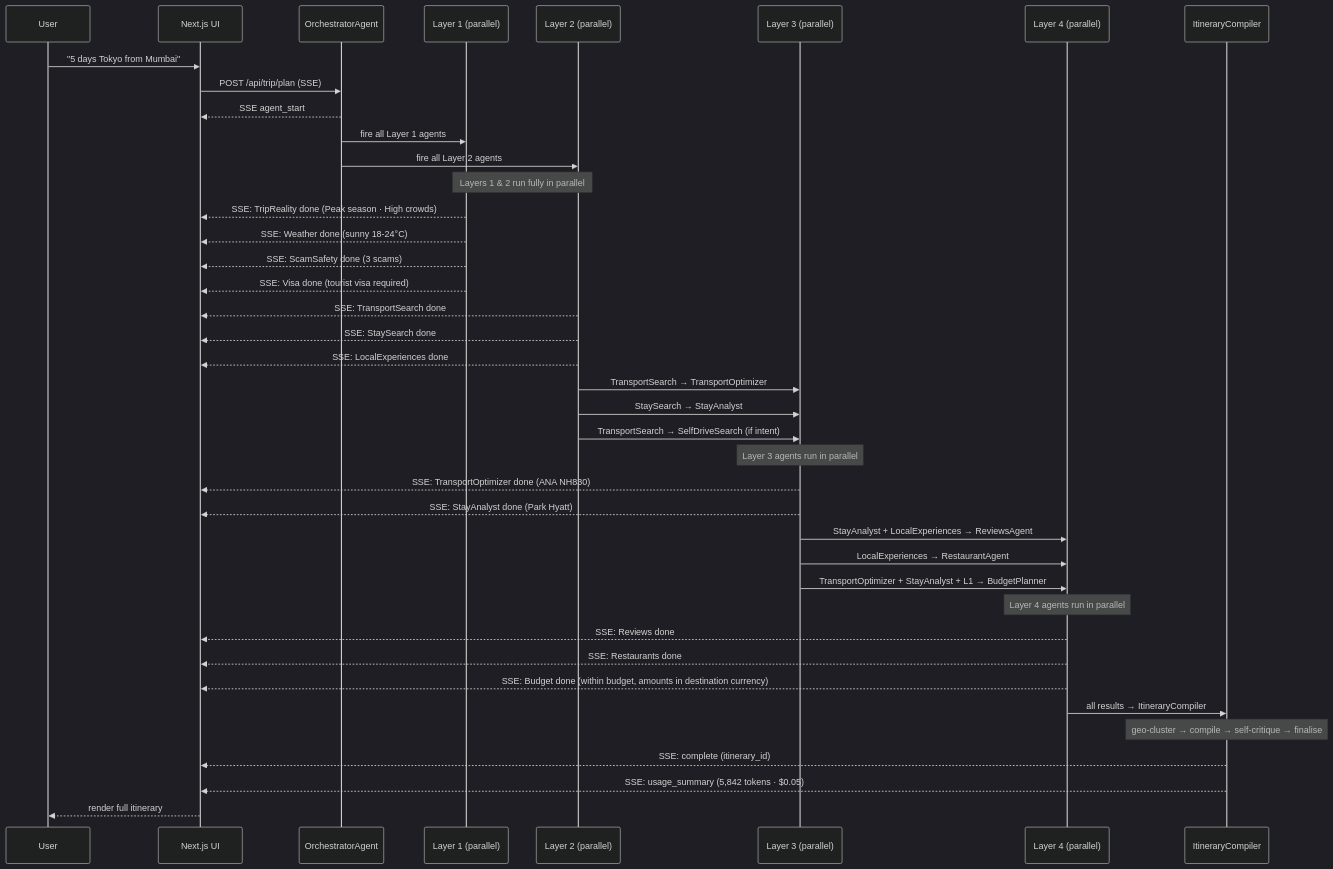
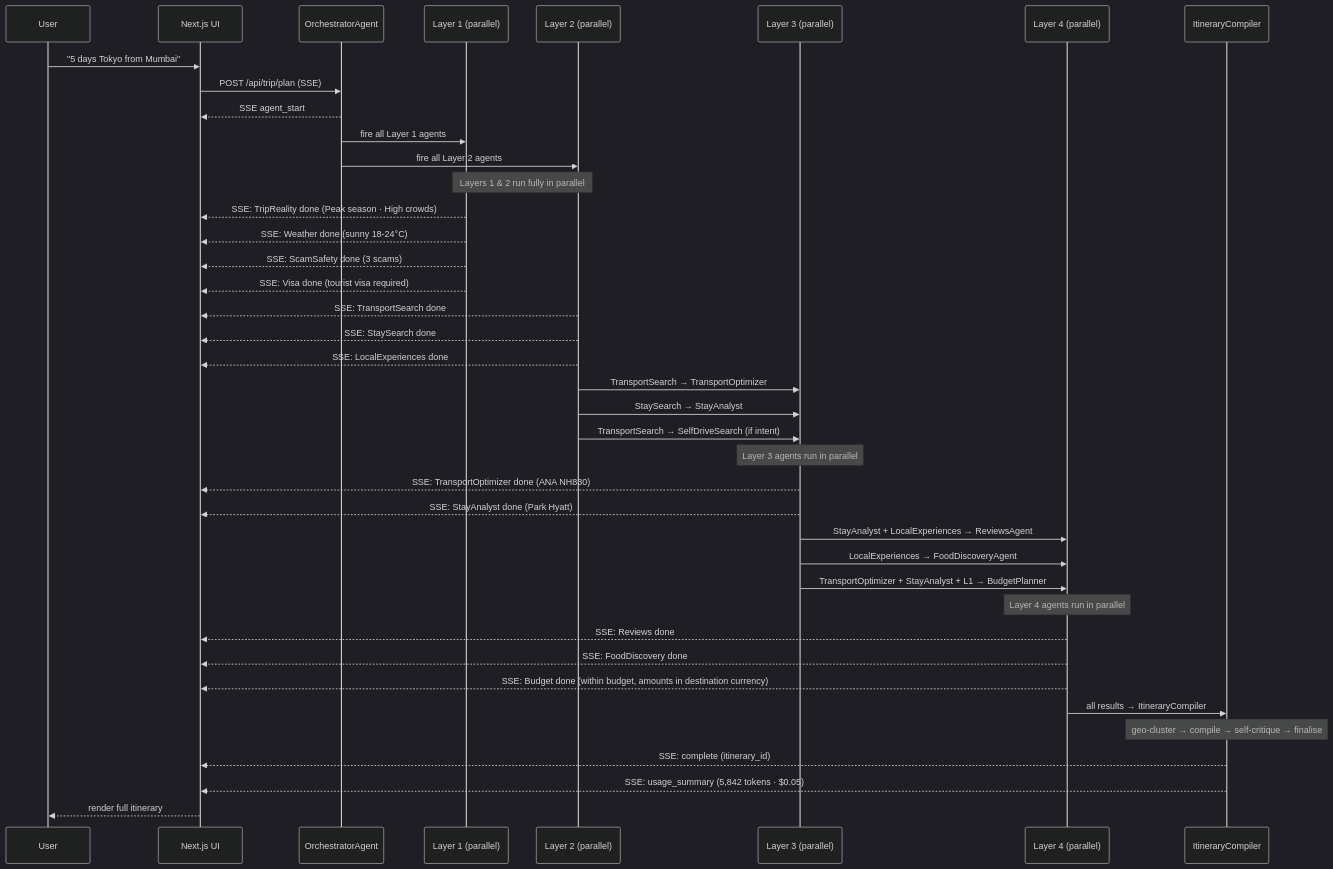
The third of 3 diagrams in plan.md (thecoducer/TravelCopilot), drawn with Mermaid (dark theme) before and after one commit. The commit also changed other lines of this file and 52 other files, not shown here.

````diff
--- a/plan.md
+++ b/plan.md
@@ -919,49 +900,49 @@
 ```mermaid
 sequenceDiagram
     participant U as User
     participant FE as Next.js UI
     participant OA as OrchestratorAgent
     participant L1 as Layer 1 (parallel)
     participant L2 as Layer 2 (parallel)
     participant L3 as Layer 3 (parallel)
     participant L4 as Layer 4 (parallel)
     participant L5 as ItineraryCompiler
 
     U->>FE: "5 days Tokyo from Mumbai"
     FE->>OA: POST /api/trip/plan (SSE)
     OA-->>FE: SSE agent_start
     OA->>L1: fire all Layer 1 agents
     OA->>L2: fire all Layer 2 agents
     Note over L1,L2: Layers 1 & 2 run fully in parallel
 
     L1-->>FE: SSE: TripReality done (Peak season · High crowds)
     L1-->>FE: SSE: Weather done (sunny 18-24°C)
     L1-->>FE: SSE: ScamSafety done (3 scams)
     L1-->>FE: SSE: Visa done (tourist visa required)
     L2-->>FE: SSE: TransportSearch done
     L2-->>FE: SSE: StaySearch done
     L2-->>FE: SSE: LocalExperiences done
 
     L2->>L3: TransportSearch → TransportOptimizer
     L2->>L3: StaySearch → StayAnalyst
     L2->>L3: TransportSearch → SelfDriveSearch (if intent)
     Note over L3: Layer 3 agents run in parallel
 
     L3-->>FE: SSE: TransportOptimizer done (ANA NH830)
     L3-->>FE: SSE: StayAnalyst done (Park Hyatt)
 
     L3->>L4: StayAnalyst + LocalExperiences → ReviewsAgent
-    L3->>L4: LocalExperiences → RestaurantAgent
+    L3->>L4: LocalExperiences → FoodDiscoveryAgent
     L3->>L4: TransportOptimizer + StayAnalyst + L1 → BudgetPlanner
     Note over L4: Layer 4 agents run in parallel
 
     L4-->>FE: SSE: Reviews done
-    L4-->>FE: SSE: Restaurants done
+    L4-->>FE: SSE: FoodDiscovery done
     L4-->>FE: SSE: Budget done (within budget, amounts in destination currency)
 
     L4->>L5: all results → ItineraryCompiler
     Note over L5: geo-cluster → compile → self-critique → finalise
     L5-->>FE: SSE: complete (itinerary_id)
     L5-->>FE: SSE: usage_summary (5,842 tokens · $0.05)
     FE-->>U: render full itinerary
 ```
````
